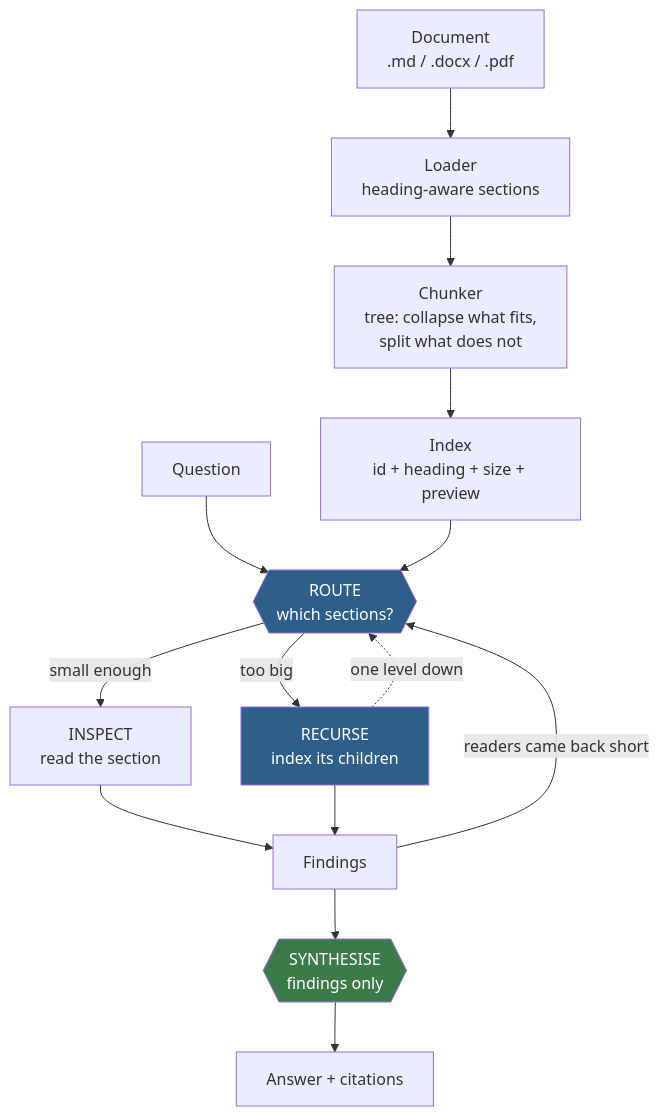
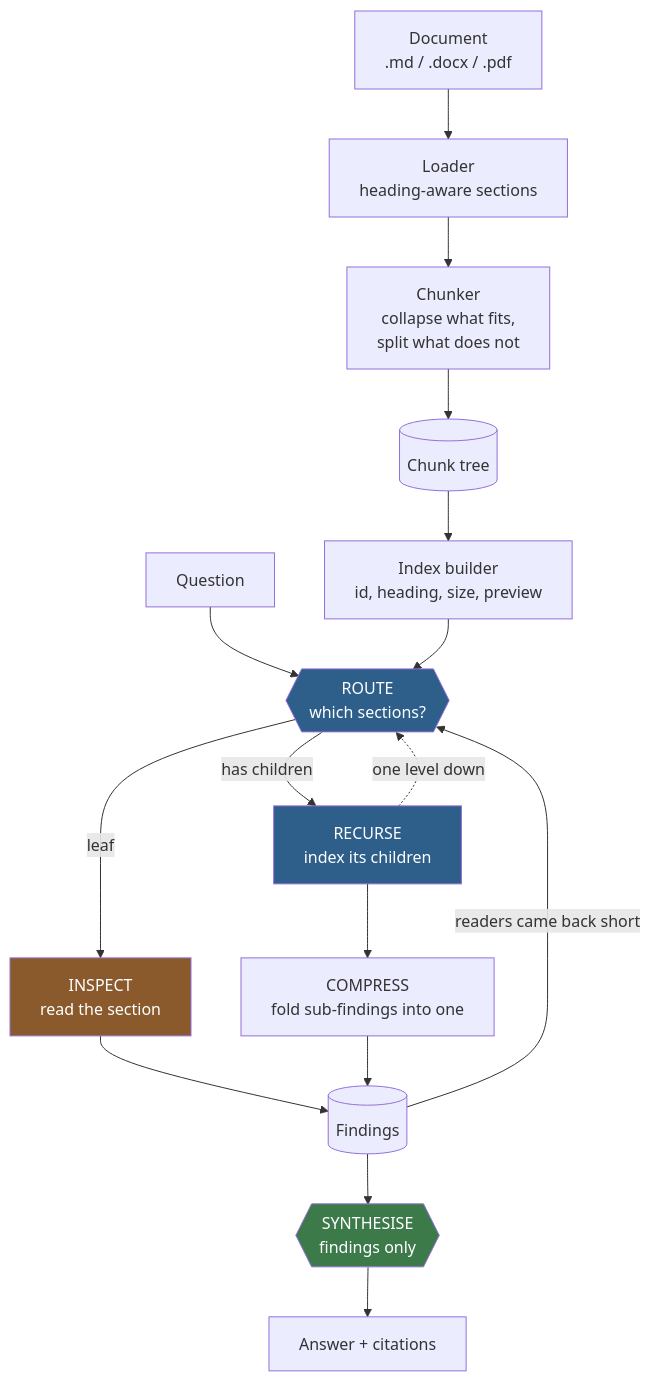
The first of 4 diagrams in README.md (mallahim01/RLM_), drawn with Mermaid before and after one commit. The commit also changed other lines of this file and 1 other file, not shown here.

First line of the commit message:
Restructure README around architecture and measured numbers

````diff
--- a/README.md
+++ b/README.md
@@ -96,23 +136,26 @@
 ```mermaid
 flowchart TD
     A[Document<br/>.md / .docx / .pdf] --> B[Loader<br/>heading-aware sections]
-    B --> C[Chunker<br/>tree: collapse what fits,<br/>split what does not]
-    C --> D[Index<br/>id + heading + size + preview]
+    B --> C[Chunker<br/>collapse what fits,<br/>split what does not]
+    C --> D[(Chunk tree)]
+    D --> E[Index builder<br/>id, heading, size, preview]
 
-    Q[Question] --> E
-    D --> E{{"ROUTE<br/>which sections?"}}
+    Q[Question] --> R
+    E --> R{{"ROUTE<br/>which sections?"}}
 
-    E -->|small enough| F[INSPECT<br/>read the section]
-    E -->|too big| G[RECURSE<br/>index its children]
-    G -.->|one level down| E
+    R -->|leaf| I[INSPECT<br/>read the section]
+    R -->|has children| N[RECURSE<br/>index its children]
+    N -.->|"one level down"| R
 
-    F --> H[Findings]
-    G --> H
-    H -->|readers came back short| E
-    H --> I{{"SYNTHESISE<br/>findings only"}}
-    I --> J[Answer + citations]
+    I --> F[(Findings)]
+    N --> K[COMPRESS<br/>fold sub-findings into one]
+    K --> F
+    F -->|readers came back short| R
+    F --> S{{"SYNTHESISE<br/>findings only"}}
+    S --> ANS[Answer + citations]
 
-    style E fill:#2d5f8a,color:#fff
-    style G fill:#2d5f8a,color:#fff
-    style I fill:#3d7a4a,color:#fff
+    style R fill:#2d5f8a,color:#fff
+    style N fill:#2d5f8a,color:#fff
+    style I fill:#8a5a2d,color:#fff
+    style S fill:#3d7a4a,color:#fff
 ```
````
